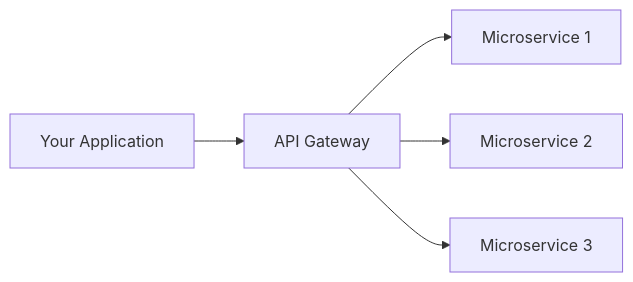
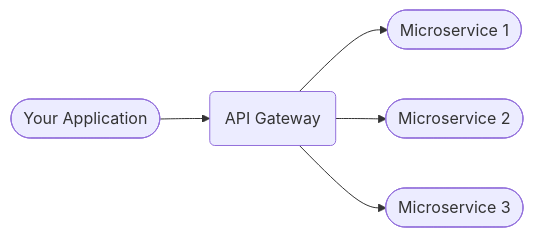
One commit to smocker-dev/smocker changed the first of 4 diagrams in docs/guide/README.md. Above: the diagram before and after it, drawn with Mermaid. The commit also changed other lines of this file and 1 other file, not shown here.

Commit message:
feat: refact mermaid diagram + add http_proxy use case

````diff
--- a/docs/guide/README.md
+++ b/docs/guide/README.md
@@ -14,7 +14,13 @@
 ```mermaid
 graph LR
-  App[Your Application] --> GW[API Gateway]
-  GW --> M1[Microservice 1]
-  GW --> M2[Microservice 2]
-  GW --> M3[Microservice 3]
+  App([Your Application])
+  M1([Microservice 1])
+  M2([Microservice 2])
+  M3([Microservice 3])
+  GW(API Gateway)
+
+  App --> GW
+  GW --> M1
+  GW --> M2
+  GW --> M3
 ```
````
